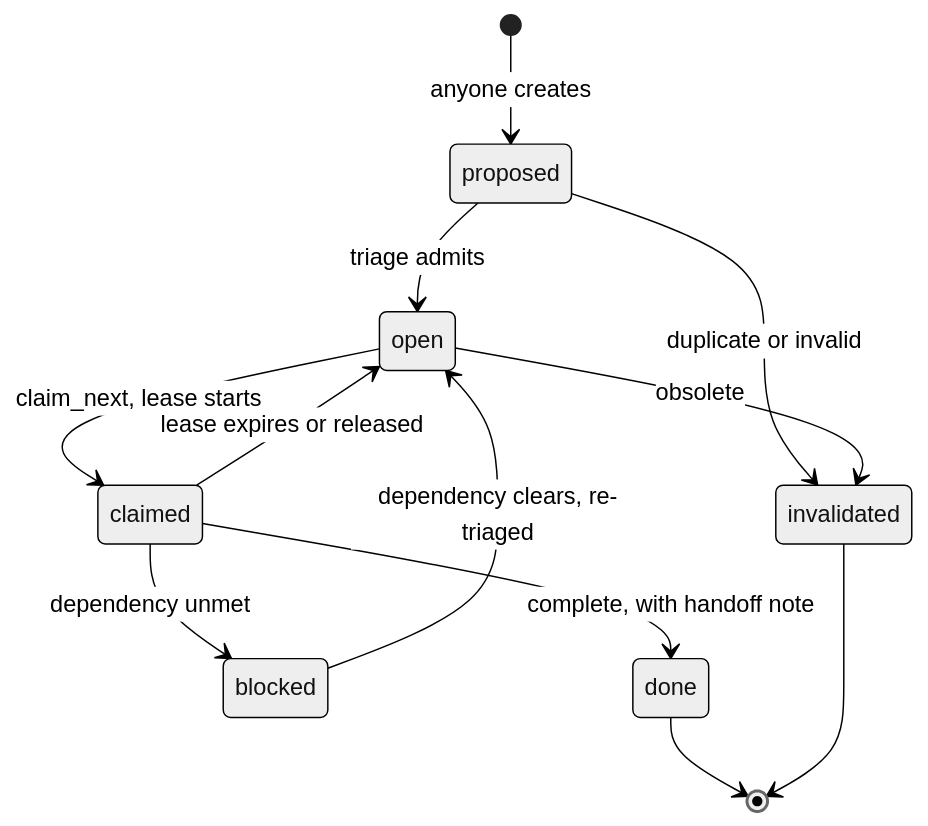
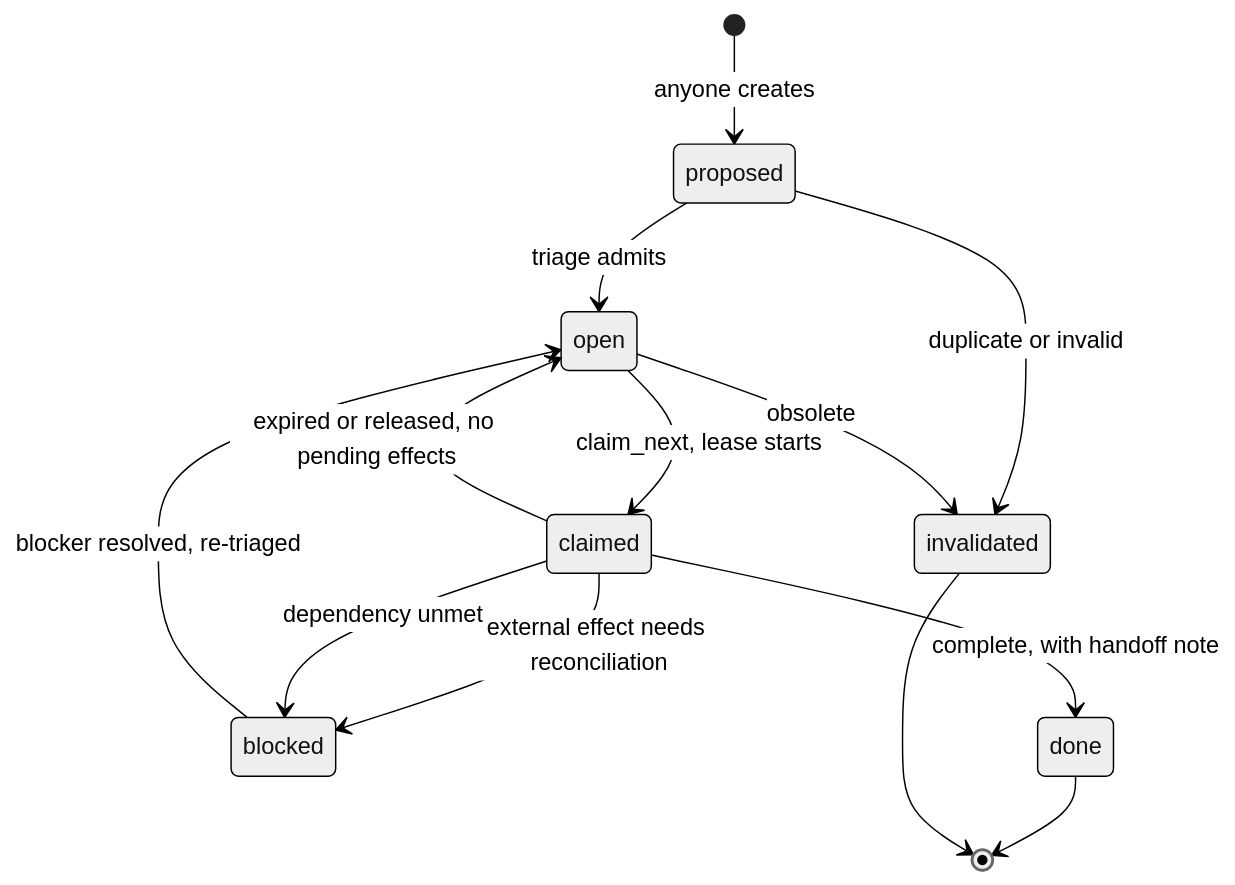
One commit to apache/tooling-memory changed the fourth of 7 diagrams in docs/durable-memory-for-disposable-agents.md. Above: the diagram before and after it, drawn with Mermaid (neutral theme). The commit also changed other lines of this file, not shown here.

````diff
--- a/docs/durable-memory-for-disposable-agents.md
+++ b/docs/durable-memory-for-disposable-agents.md
@@ -497,14 +511,15 @@
 ```mermaid
 stateDiagram-v2
     [*] --> proposed: anyone creates
     proposed --> open: triage admits
     open --> claimed: claim_next, lease starts
-    claimed --> open: lease expires or released
+    claimed --> open: expired or released, no pending effects
+    claimed --> blocked: external effect needs reconciliation
     claimed --> blocked: dependency unmet
-    blocked --> open: dependency clears, re-triaged
+    blocked --> open: blocker resolved, re-triaged
     claimed --> done: complete, with handoff note
     proposed --> invalidated: duplicate or invalid
     open --> invalidated: obsolete
     done --> [*]
     invalidated --> [*]
 ```
````
